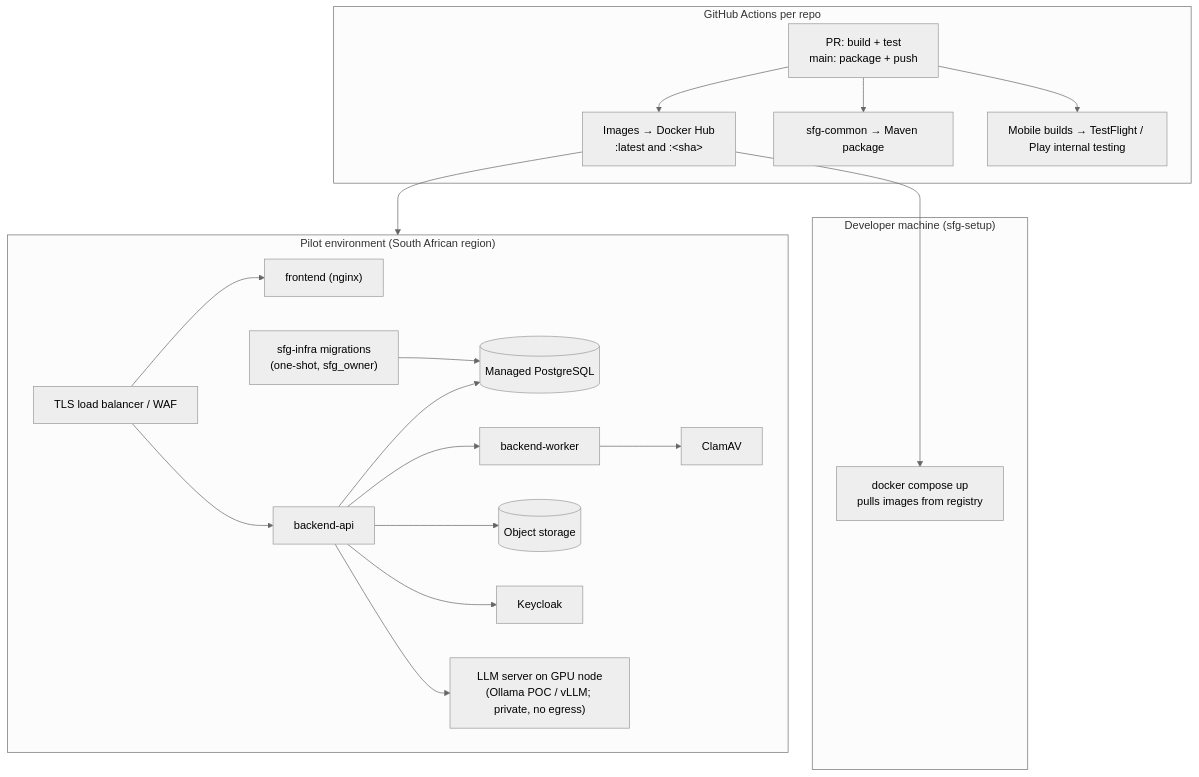
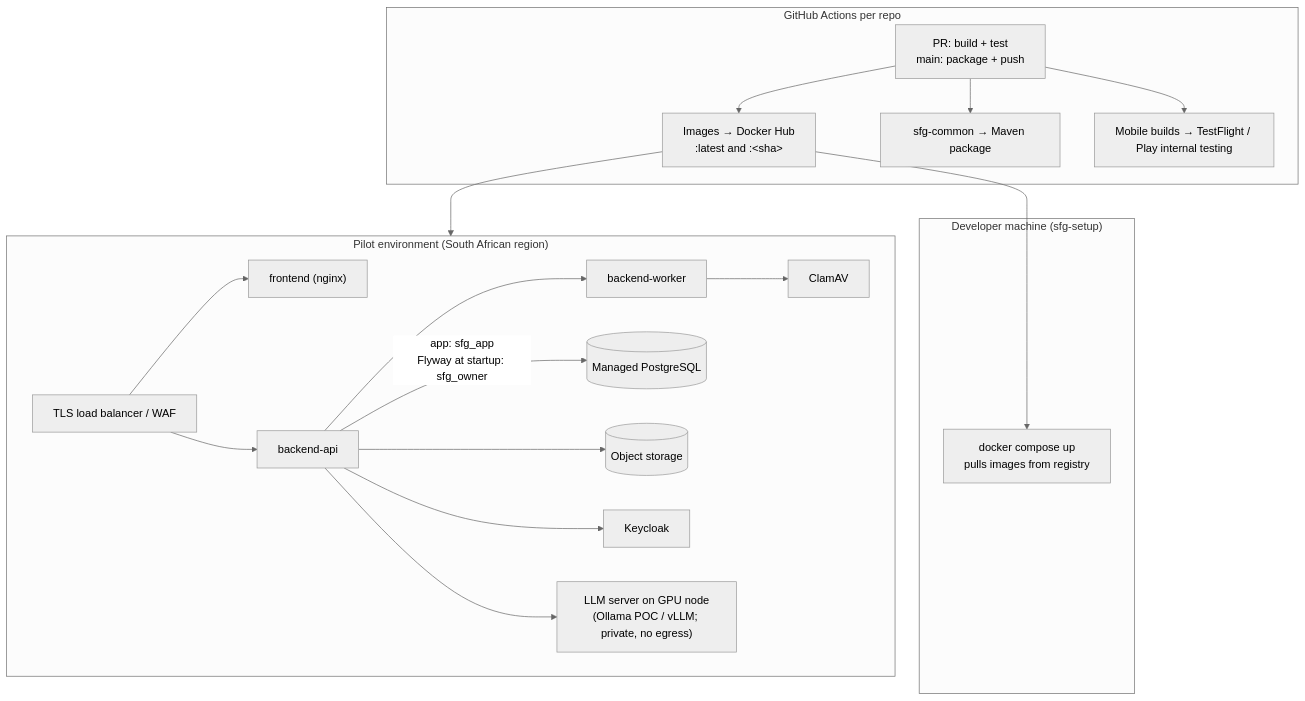
The seventh of 7 diagrams in docs/high-level-design.md (sdebie/sfg-parent), drawn with Mermaid (neutral theme) before and after one commit. The commit also changed other lines of this file, not shown here.

First line of the commit message:
HLD: backend runs the sfg-infra migrations at startup

````diff
--- a/docs/high-level-design.md
+++ b/docs/high-level-design.md
@@ -635,24 +634,23 @@
 ```mermaid
 flowchart TB
   subgraph Dev["Developer machine (sfg-setup)"]
     DC["docker compose up<br/>pulls images from registry"]
   end
   subgraph CI["GitHub Actions per repo"]
     B["PR: build + test<br/>main: package + push"] --> IMG["Images → Docker Hub<br/>:latest and :&lt;sha&gt;"]
     B --> MVN["sfg-common → Maven package"]
     B --> APP["Mobile builds → TestFlight / Play internal testing"]
   end
   subgraph Pilot["Pilot environment (South African region)"]
     LB["TLS load balancer / WAF"] --> FE["frontend (nginx)"]
-    MG["sfg-infra migrations<br/>(one-shot, sfg_owner)"] --> PG
     LB --> BE["backend-api"]
     BE --> WK["backend-worker"]
-    BE --> PG[("Managed PostgreSQL")]
+    BE -->|"app: sfg_app<br/>Flyway at startup: sfg_owner"| PG[("Managed PostgreSQL")]
     BE --> S3[("Object storage")]
     BE --> KC["Keycloak"]
     WK --> CL["ClamAV"]
     BE --> AI["LLM server on GPU node<br/>(Ollama POC / vLLM; private, no egress)"]
   end
   IMG --> DC
   IMG --> Pilot
 ```
````
